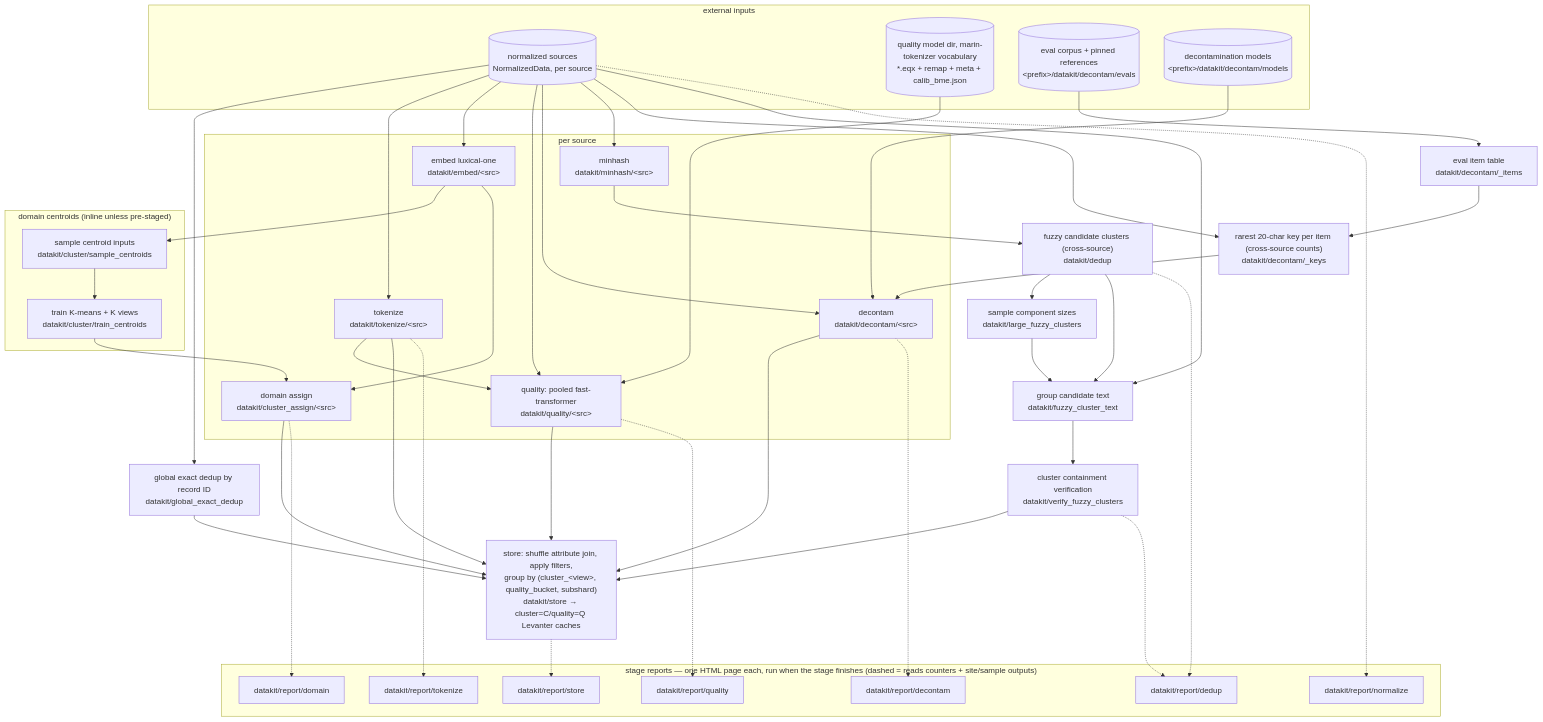
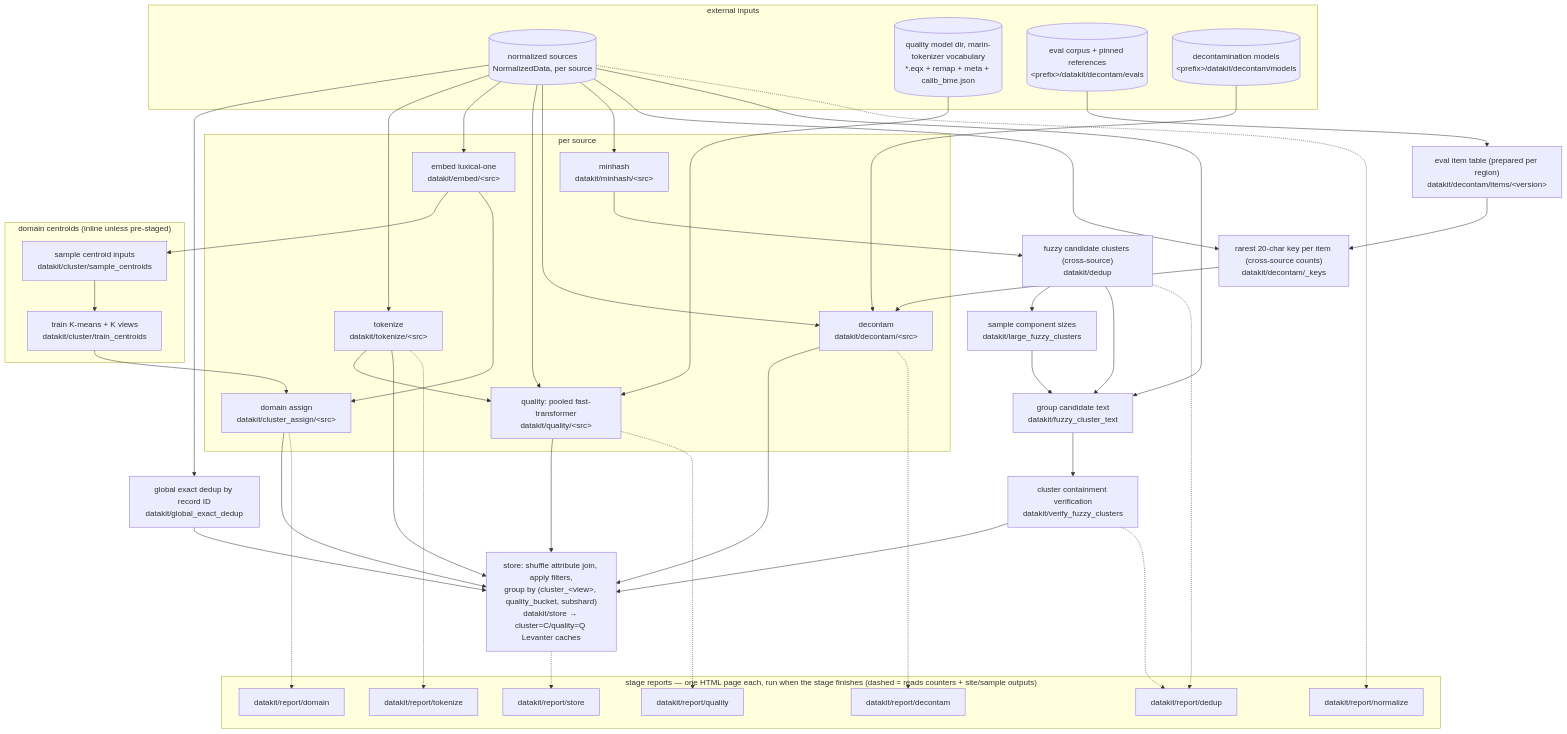
The diagram in experiments/datakit/README.md (marin-community/marin), drawn with Mermaid before and after one commit. The commit also changed other lines of this file and 9 other files, not shown here.

First line of the commit message:
[decontam] Prepare the item table once per region

````diff
--- a/experiments/datakit/README.md
+++ b/experiments/datakit/README.md
@@ -93,76 +93,76 @@
 ```mermaid
 flowchart TD
     subgraph inputs["external inputs"]
         SRC[("normalized sources<br/>NormalizedData, per source")]
         MODEL[("quality model dir, marin-tokenizer vocabulary<br/>*.eqx + remap + meta + calib_bme.json")]
         EVALS[("eval corpus + pinned references<br/>&lt;prefix&gt;/datakit/decontam/evals")]
         DMODELS[("decontamination models<br/>&lt;prefix&gt;/datakit/decontam/models")]
     end
 
     subgraph per_source["per source"]
         TOK["tokenize<br/>datakit/tokenize/&lt;src&gt;"]
         EMB["embed luxical-one<br/>datakit/embed/&lt;src&gt;"]
         ASG["domain assign<br/>datakit/cluster_assign/&lt;src&gt;"]
         QUAL["quality: pooled fast-transformer<br/>datakit/quality/&lt;src&gt;"]
         DECON["decontam<br/>datakit/decontam/&lt;src&gt;"]
         MH["minhash<br/>datakit/minhash/&lt;src&gt;"]
     end
 
     subgraph domain_model["domain centroids (inline unless pre-staged)"]
         SAMP["sample centroid inputs<br/>datakit/cluster/sample_centroids"]
         KM["train K-means + K views<br/>datakit/cluster/train_centroids"]
     end
 
-    ITEMS["eval item table<br/>datakit/decontam/_items"]
+    ITEMS["eval item table (prepared per region)<br/>datakit/decontam/items/&lt;version&gt;"]
     KEYS["rarest 20-char key per item (cross-source counts)<br/>datakit/decontam/_keys"]
     EXACT["global exact dedup by record ID<br/>datakit/global_exact_dedup"]
     DEDUP["fuzzy candidate clusters (cross-source)<br/>datakit/dedup"]
     PLAN["sample component sizes<br/>datakit/large_fuzzy_clusters"]
     TEXT["group candidate text<br/>datakit/fuzzy_cluster_text"]
     VERIFY["cluster containment verification<br/>datakit/verify_fuzzy_clusters"]
     STORE["store: shuffle attribute join, apply filters,<br/>group by (cluster_&lt;view&gt;, quality_bucket, subshard)<br/>datakit/store → cluster=C/quality=Q Levanter caches"]
 
     SRC --> EXACT
     SRC --> TOK
     SRC --> EMB
     SRC --> QUAL
     TOK --> QUAL
     SRC --> DECON
     SRC --> MH
     MODEL --> QUAL
     EVALS --> ITEMS --> KEYS --> DECON
     SRC --> KEYS
     DMODELS --> DECON
     EMB --> SAMP --> KM --> ASG
     EMB --> ASG
     MH --> DEDUP
     DEDUP --> PLAN --> TEXT
     SRC --> TEXT
     DEDUP --> TEXT
     TEXT --> VERIFY
     TOK --> STORE
     ASG --> STORE
     QUAL --> STORE
     DECON --> STORE
     EXACT --> STORE
     VERIFY --> STORE
 
     subgraph reports["stage reports — one HTML page each, run when the stage finishes (dashed = reads counters + site/sample outputs)"]
         RN["datakit/report/normalize"]
         RT["datakit/report/tokenize"]
         RQ["datakit/report/quality"]
         RD["datakit/report/domain"]
         RC["datakit/report/decontam"]
         RU["datakit/report/dedup"]
         RS["datakit/report/store"]
     end
 
     SRC -.-> RN
     TOK -.-> RT
     QUAL -.-> RQ
     ASG -.-> RD
     DECON -.-> RC
     DEDUP -.-> RU
     VERIFY -.-> RU
     STORE -.-> RS
 ```
````
